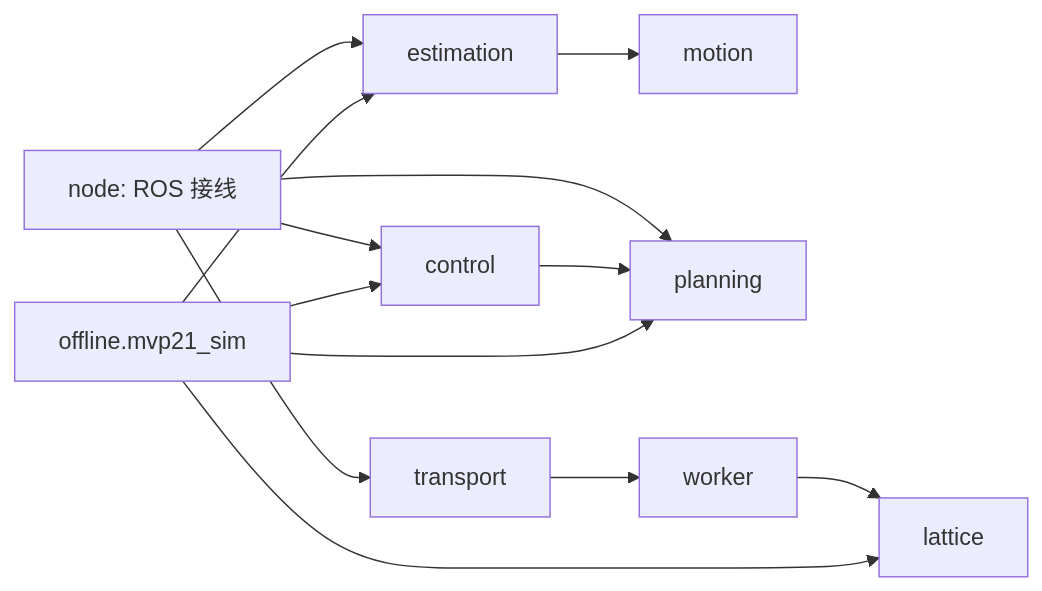
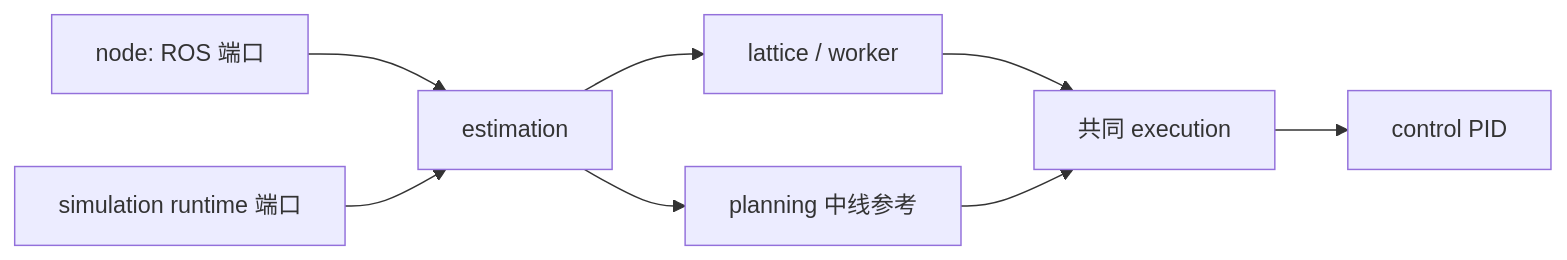
Before and after one commit to wyf9613/Baby-Bus: the diagram in mvp21_policy/README.md, drawn with Mermaid. The commit also changed other lines of this file and 27 other files, not shown here.

First line of the commit message:
refactor: unify planner execution with MVP2.1 compatibility

````diff
--- a/mvp21_policy/README.md
+++ b/mvp21_policy/README.md
@@ -34,15 +33,10 @@
 ```mermaid
 flowchart LR
-    N[node: ROS 接线] --> E[estimation]
-    E --> M[motion]
-    N --> P[planning]
-    N --> C[control]
-    C --> P
-    N --> T[transport]
-    T --> W[worker]
-    W --> L[lattice]
-    S[offline.mvp21_sim] --> E
-    S --> P
-    S --> C
-    S --> L
+    N[node: ROS 端口] --> E[estimation]
+    S[simulation runtime 端口] --> E
+    E --> L[lattice / worker]
+    E --> P[planning 中线参考]
+    L --> X[共同 execution]
+    P --> X
+    X --> C[control PID]
 ```
````
